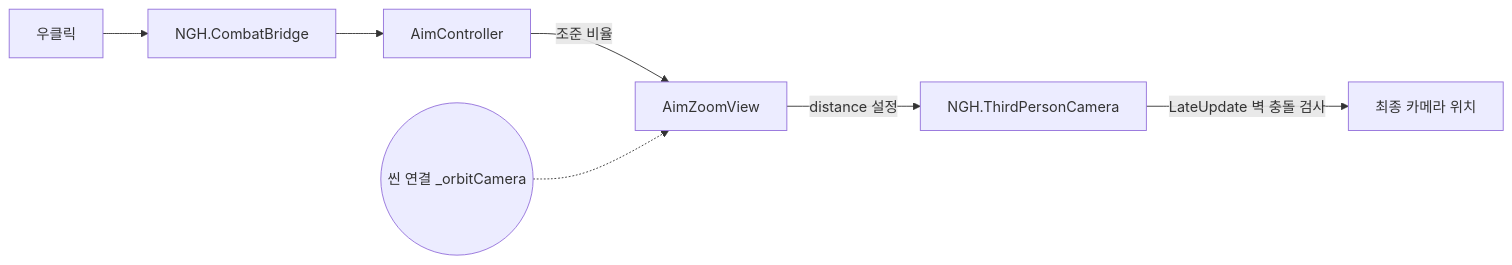
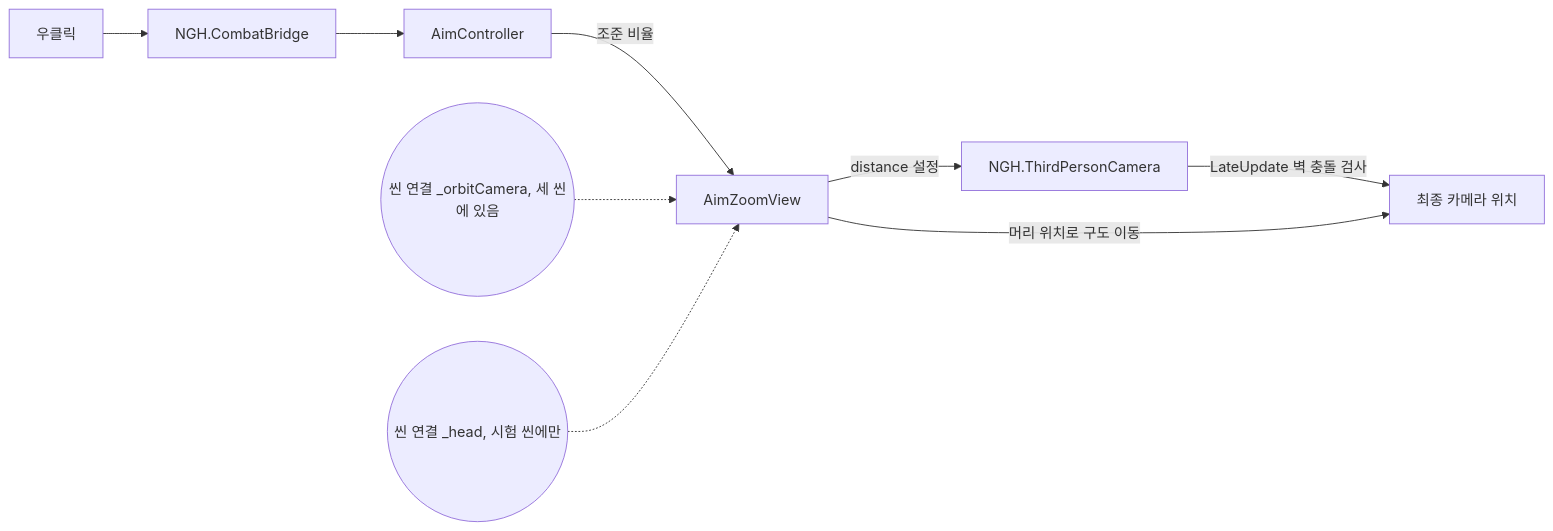
The diagram in SteamAttack/TeamWorkflow/Features/조준카메라거리_병합적용.md (Shaun1667/Project-SteamAttack), drawn with Mermaid before and after one commit. The commit also changed other lines of this file and 5 other files, not shown here.

````diff
--- a/SteamAttack/TeamWorkflow/Features/조준카메라거리_병합적용.md
+++ b/SteamAttack/TeamWorkflow/Features/조준카메라거리_병합적용.md
@@ -86,9 +84,11 @@
 ```mermaid
 flowchart LR
     Mouse[우클릭] --> Bridge[NGH.CombatBridge]
     Bridge --> Aim[AimController]
     Aim -- 조준 비율 --> Zoom[AimZoomView]
     Zoom -- distance 설정 --> Cam[NGH.ThirdPersonCamera]
     Cam -- LateUpdate 벽 충돌 검사 --> View[최종 카메라 위치]
-    Scene((씬 연결 _orbitCamera)) -.-> Zoom
+    Zoom -- 머리 위치로 구도 이동 --> View
+    Scene1((씬 연결 _orbitCamera, 세 씬에 있음)) -.-> Zoom
+    Scene2((씬 연결 _head, 시험 씬에만)) -.-> Zoom
 ```
````
